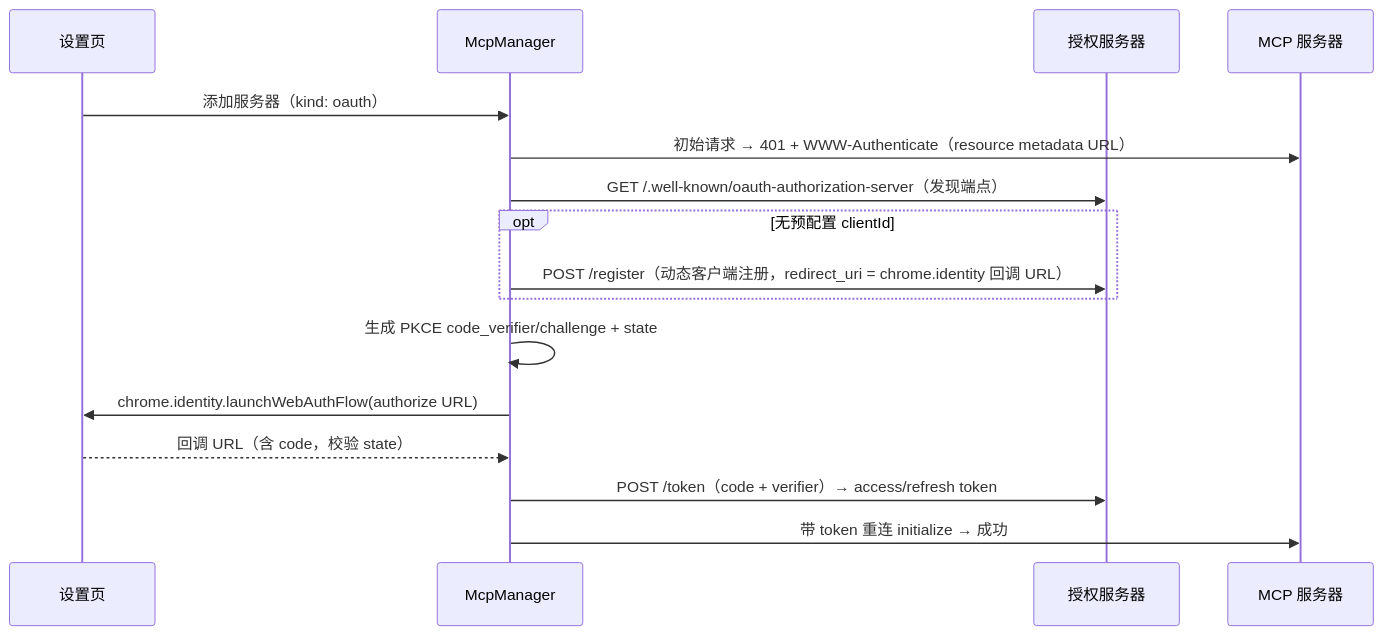
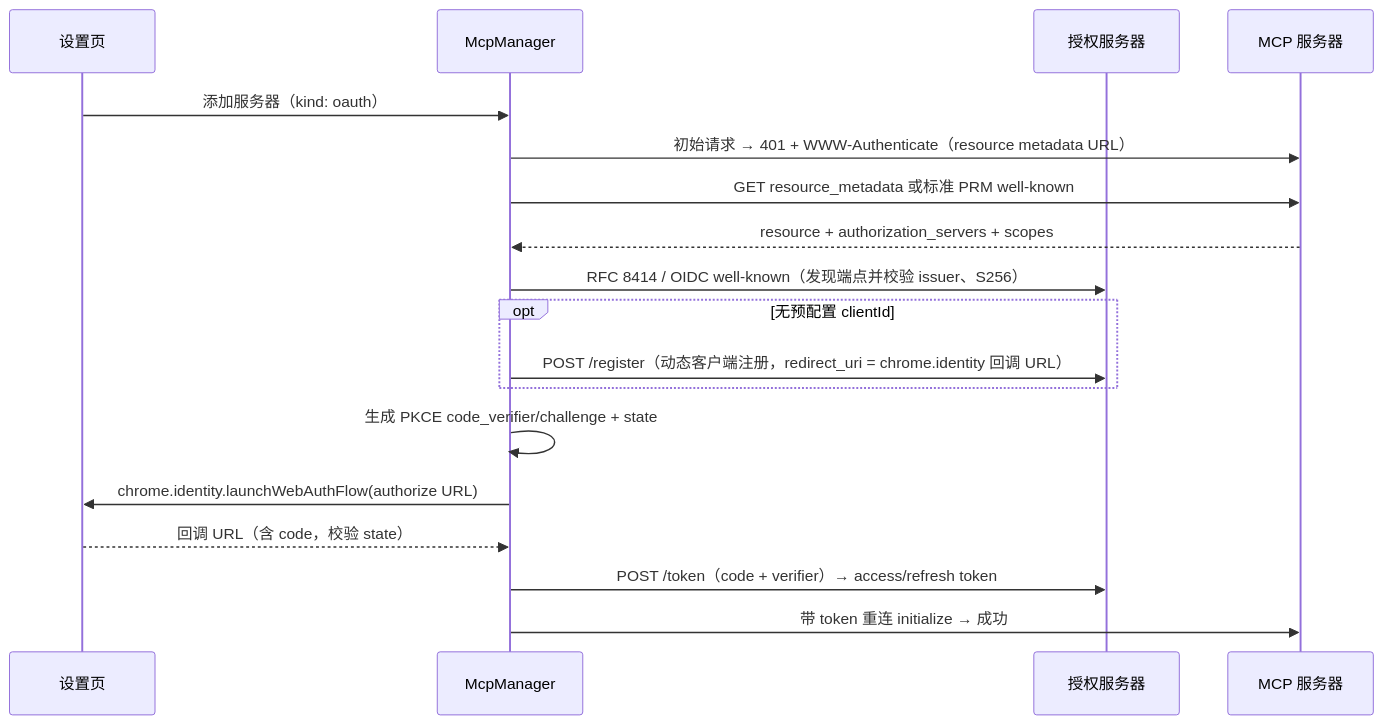
The diagram in docs/07-mcp.md (wangdiandao/Panelot), drawn with Mermaid before and after one commit. The commit also changed other lines of this file and 243 other files, not shown here.

````diff
--- a/docs/07-mcp.md
+++ b/docs/07-mcp.md
@@ -46,19 +53,21 @@
 ```mermaid
 sequenceDiagram
   participant UI as 设置页
   participant SW as McpManager
   participant AS as 授权服务器
   participant RS as MCP 服务器
 
   UI->>SW: 添加服务器（kind: oauth）
   SW->>RS: 初始请求 → 401 + WWW-Authenticate（resource metadata URL）
-  SW->>AS: GET /.well-known/oauth-authorization-server（发现端点）
+  SW->>RS: GET resource_metadata 或标准 PRM well-known
+  RS-->>SW: resource + authorization_servers + scopes
+  SW->>AS: RFC 8414 / OIDC well-known（发现端点并校验 issuer、S256）
   opt 无预配置 clientId
     SW->>AS: POST /register（动态客户端注册，redirect_uri = chrome.identity 回调 URL）
   end
   SW->>SW: 生成 PKCE code_verifier/challenge + state
   SW->>UI: chrome.identity.launchWebAuthFlow(authorize URL)
   UI-->>SW: 回调 URL（含 code，校验 state）
   SW->>AS: POST /token（code + verifier）→ access/refresh token
   SW->>RS: 带 token 重连 initialize → 成功
 ```
````
